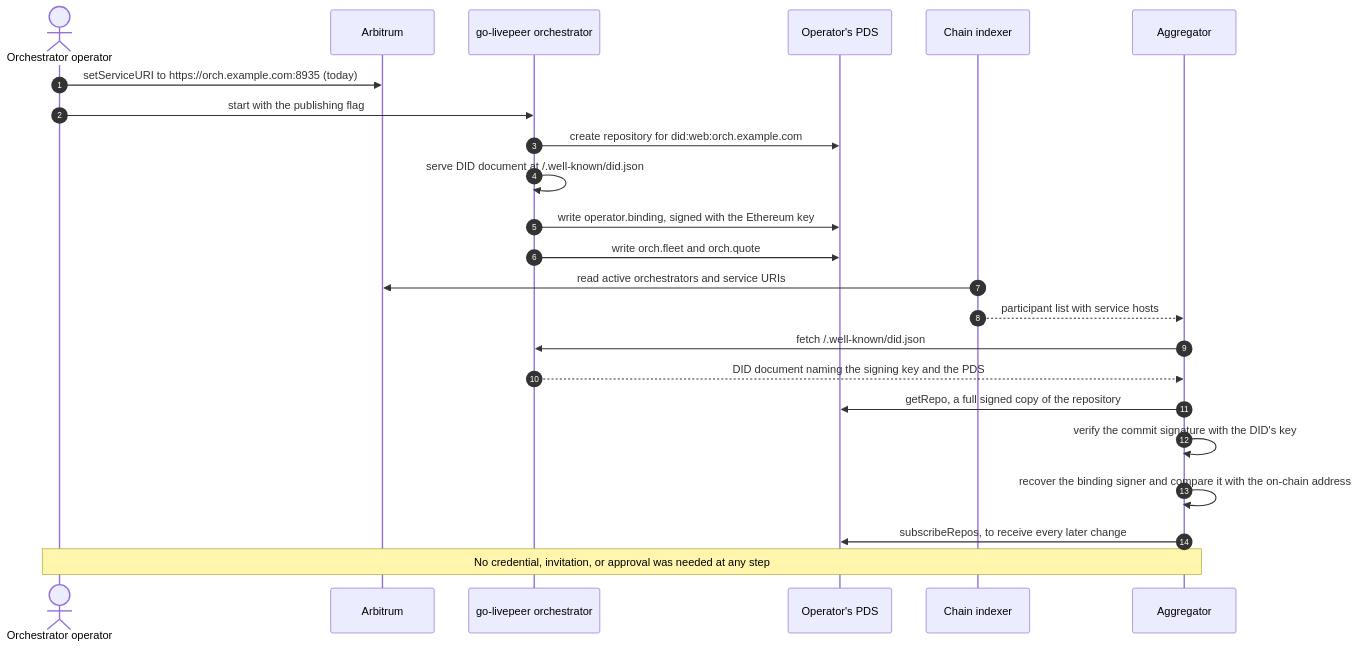
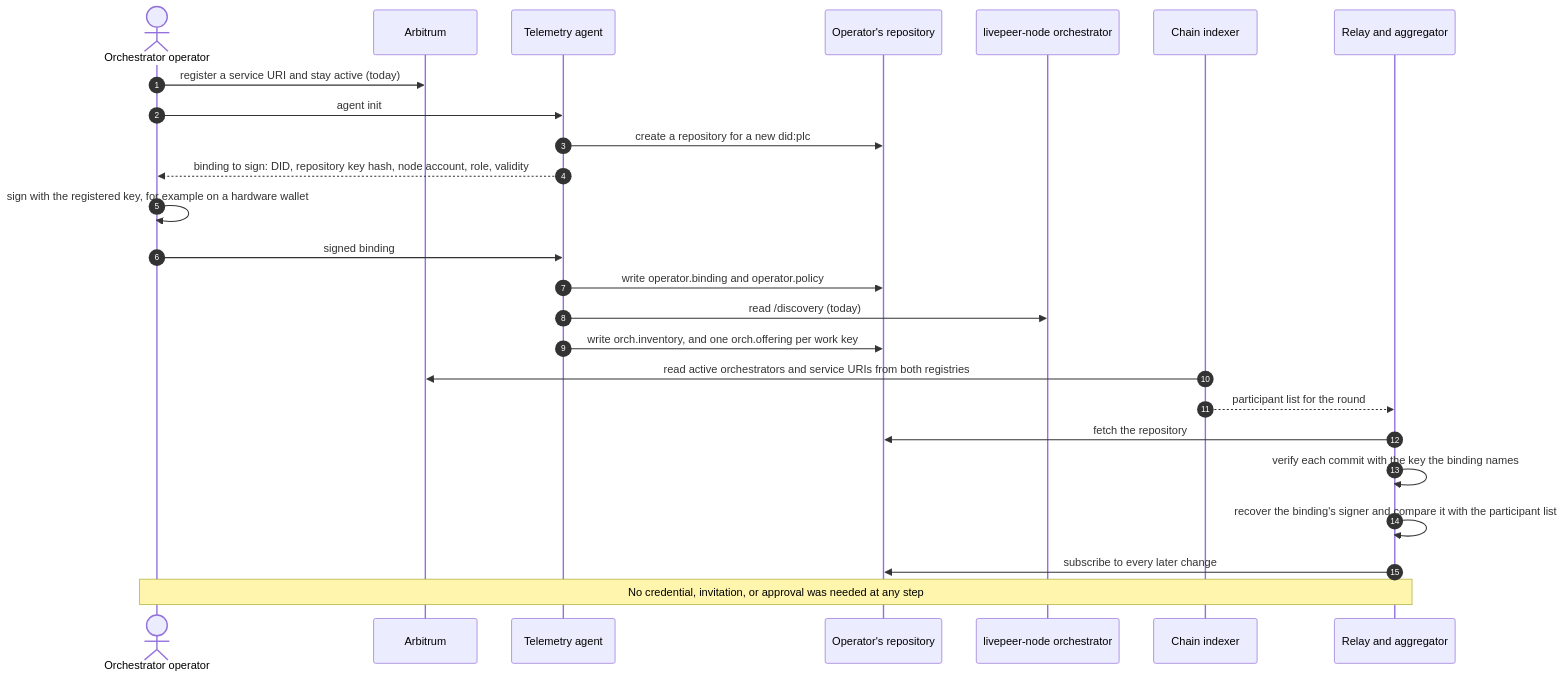
One commit to Cloud-SPE/Livepeer-AT-Protocol changed the first of 8 diagrams in appendix-d-sequence-diagrams.md. Above: the diagram before and after it, drawn with Mermaid. The commit also changed other lines of this file and 6 other files, not shown here.

````diff
--- a/appendix-d-sequence-diagrams.md
+++ b/appendix-d-sequence-diagrams.md
@@ -11,26 +16,28 @@
 ```mermaid
 sequenceDiagram
   autonumber
   actor Op as Orchestrator operator
   participant Chain as Arbitrum
-  participant Orch as go-livepeer orchestrator
-  participant PDS as Operator's PDS
+  participant Ag as Telemetry agent
+  participant Repo as Operator's repository
+  participant Orch as livepeer-node orchestrator
   participant Idx as Chain indexer
-  participant Agg as Aggregator
+  participant Agg as Relay and aggregator
 
-  Op->>Chain: setServiceURI to https://orch.example.com:8935 (today)
-  Op->>Orch: start with the publishing flag
-  Orch->>PDS: create repository for did:web:orch.example.com
-  Orch->>Orch: serve DID document at /.well-known/did.json
-  Orch->>PDS: write operator.binding, signed with the Ethereum key
-  Orch->>PDS: write orch.fleet and orch.quote
-  Idx->>Chain: read active orchestrators and service URIs
-  Idx-->>Agg: participant list with service hosts
-  Agg->>Orch: fetch /.well-known/did.json
-  Orch-->>Agg: DID document naming the signing key and the PDS
-  Agg->>PDS: getRepo, a full signed copy of the repository
-  Agg->>Agg: verify the commit signature with the DID's key
-  Agg->>Agg: recover the binding signer and compare it with the on-chain address
-  Agg->>PDS: subscribeRepos, to receive every later change
+  Op->>Chain: register a service URI and stay active (today)
+  Op->>Ag: agent init
+  Ag->>Repo: create a repository for a new did:plc
+  Ag-->>Op: binding to sign: DID, repository key hash, node account, role, validity
+  Op->>Op: sign with the registered key, for example on a hardware wallet
+  Op->>Ag: signed binding
+  Ag->>Repo: write operator.binding and operator.policy
+  Ag->>Orch: read /discovery (today)
+  Ag->>Repo: write orch.inventory, and one orch.offering per work key
+  Idx->>Chain: read active orchestrators and service URIs from both registries
+  Idx-->>Agg: participant list for the round
+  Agg->>Repo: fetch the repository
+  Agg->>Agg: verify each commit with the key the binding names
+  Agg->>Agg: recover the binding's signer and compare it with the participant list
+  Agg->>Repo: subscribe to every later change
   Note over Op,Agg: No credential, invitation, or approval was needed at any step
 ```
````
